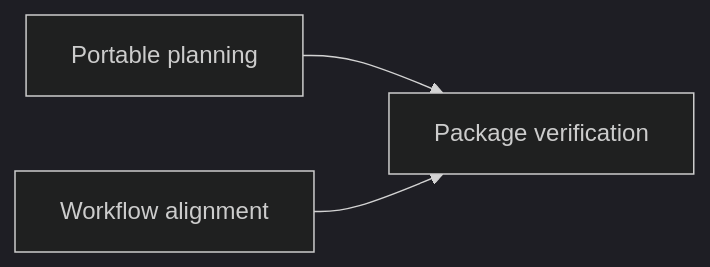
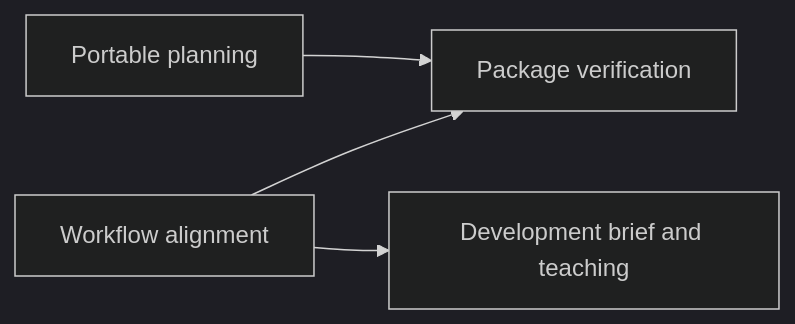
One commit to RicadoGz/agent-me changed the diagram in plans/toolbox/MAP.md. Above: the diagram before and after it, drawn with Mermaid (dark theme). The commit also changed other lines of this file and 11 other files, not shown here.

Commit message:
Add reusable development brief and one point teaching skill

````diff
--- a/plans/toolbox/MAP.md
+++ b/plans/toolbox/MAP.md
@@ -7,5 +8,6 @@
 ```mermaid
 flowchart LR
   F001[Portable planning] --> F003[Package verification]
   F002[Workflow alignment] --> F003
+  F002 --> F004[Development brief and teaching]
 ```
````
